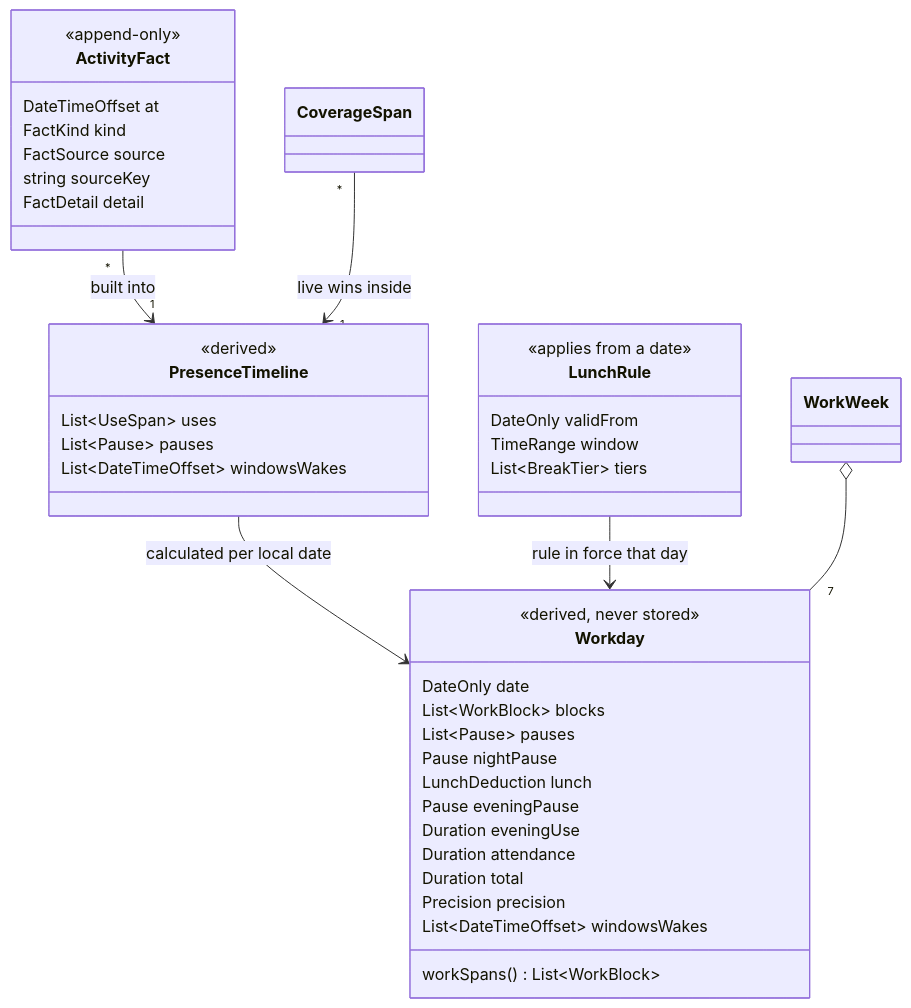
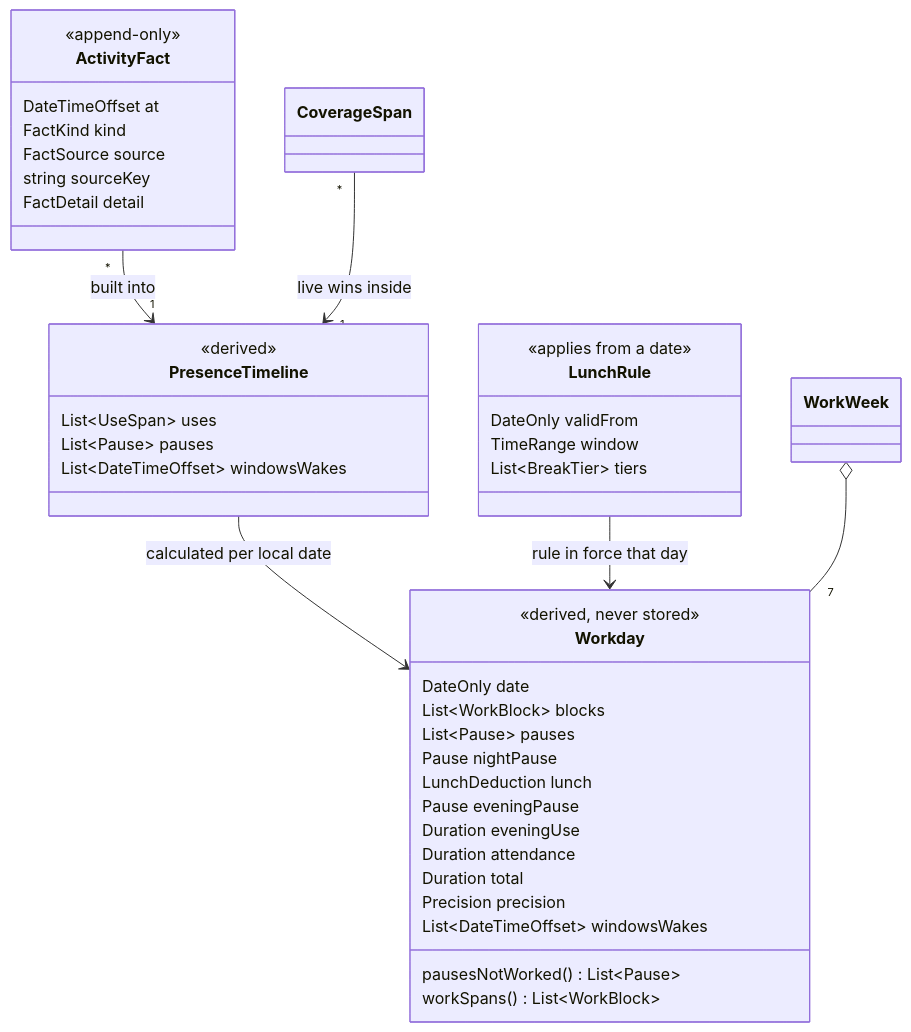
Before and after one commit to Valem/work-time-tracker: the first of 5 diagrams in docs/features/001-foundation/concept.md, drawn with Mermaid. The commit also changed other lines of this file and 7 other files, not shown here.

````diff
--- a/docs/features/001-foundation/concept.md
+++ b/docs/features/001-foundation/concept.md
@@ -79,43 +79,44 @@
 ```mermaid
 classDiagram
   class ActivityFact {
     <<append-only>>
     DateTimeOffset at
     FactKind kind
     FactSource source
     string sourceKey
     FactDetail detail
   }
   class PresenceTimeline {
     <<derived>>
     List~UseSpan~ uses
     List~Pause~ pauses
     List~DateTimeOffset~ windowsWakes
   }
   class LunchRule {
     <<applies from a date>>
     DateOnly validFrom
     TimeRange window
     List~BreakTier~ tiers
   }
   class Workday {
     <<derived, never stored>>
     DateOnly date
     List~WorkBlock~ blocks
     List~Pause~ pauses
     Pause nightPause
     LunchDeduction lunch
     Pause eveningPause
     Duration eveningUse
     Duration attendance
     Duration total
     Precision precision
     List~DateTimeOffset~ windowsWakes
+    pausesNotWorked() List~Pause~
     workSpans() List~WorkBlock~
   }
   ActivityFact "*" --> "1" PresenceTimeline : built into
   CoverageSpan "*" --> "1" PresenceTimeline : live wins inside
   PresenceTimeline --> Workday : calculated per local date
   LunchRule --> Workday : rule in force that day
   WorkWeek o-- "7" Workday
 ```
````
